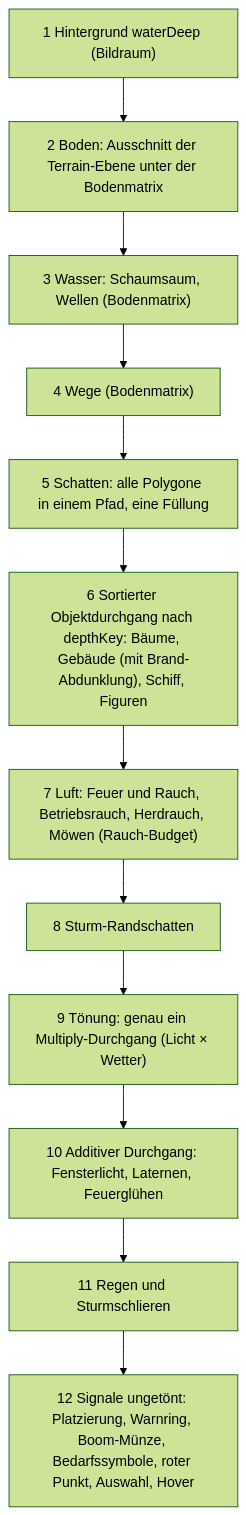
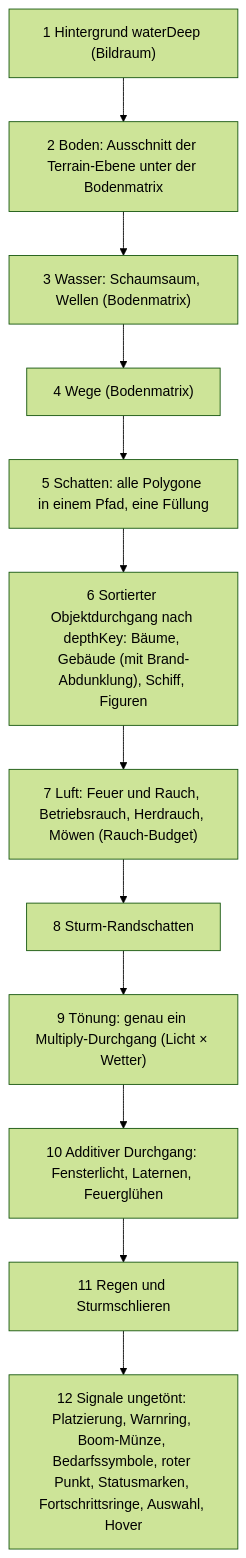
One commit to konstantinniedermann/Inselreich changed the fourth of 9 diagrams in docs/arc42.md. Above: the diagram before and after it, drawn with Mermaid (forest theme). The commit also changed other lines of this file and 7 other files, not shown here.

````diff
--- a/docs/arc42.md
+++ b/docs/arc42.md
@@ -297,13 +299,13 @@
 ```mermaid
 flowchart TB
   L1["1 Hintergrund waterDeep (Bildraum)"] --> L2["2 Boden: Ausschnitt der Terrain-Ebene unter der Bodenmatrix"]
   L2 --> L3["3 Wasser: Schaumsaum, Wellen (Bodenmatrix)"] --> L4["4 Wege (Bodenmatrix)"]
   L4 --> L5["5 Schatten: alle Polygone in einem Pfad, eine Füllung"]
   L5 --> L6["6 Sortierter Objektdurchgang nach depthKey: Bäume, Gebäude (mit Brand-Abdunklung), Schiff, Figuren"]
   L6 --> L7["7 Luft: Feuer und Rauch, Betriebsrauch, Herdrauch, Möwen (Rauch-Budget)"]
   L7 --> L8["8 Sturm-Randschatten"]
   L8 --> L9["9 Tönung: genau ein Multiply-Durchgang (Licht × Wetter)"]
   L9 --> L10["10 Additiver Durchgang: Fensterlicht, Laternen, Feuerglühen"]
   L10 --> L11["11 Regen und Sturmschlieren"]
-  L11 --> L12["12 Signale ungetönt: Platzierung, Warnring, Boom-Münze, Bedarfssymbole, roter Punkt, Auswahl, Hover"]
+  L11 --> L12["12 Signale ungetönt: Platzierung, Warnring, Boom-Münze, Bedarfssymbole, roter Punkt, Statusmarken, Fortschrittsringe, Auswahl, Hover"]
 ```
````
